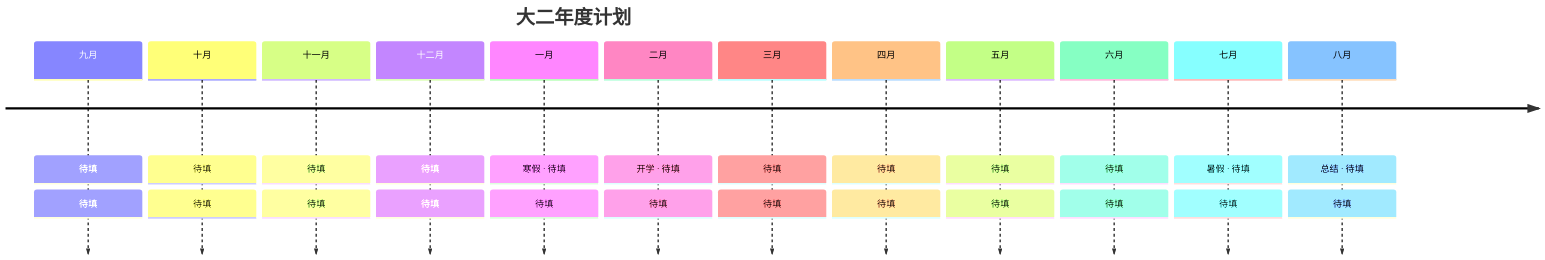
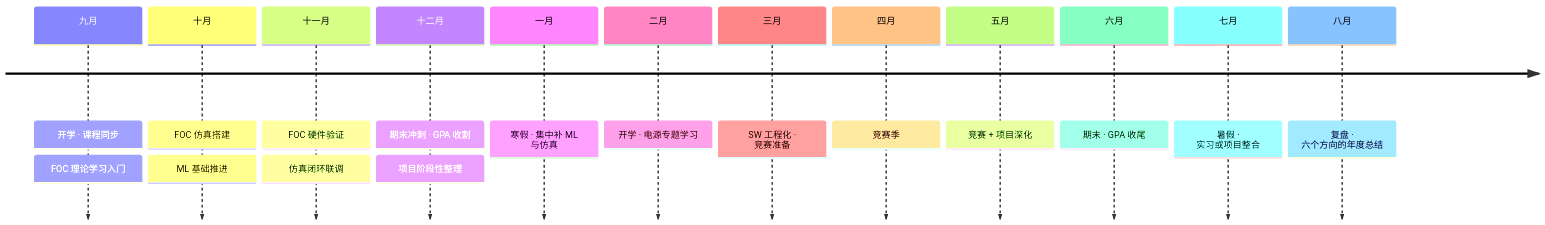
The diagram in README.md (Waitttforme/Waitttforme), drawn with Mermaid before and after one commit. The commit also changed other lines of this file, not shown here.

````diff
--- a/README.md
+++ b/README.md
@@ -67,28 +75,19 @@
 ```mermaid
 timeline
-    title 大二年度计划
-    九月 : 待填
-         : 待填
-    十月 : 待填
-         : 待填
-    十一月 : 待填
-           : 待填
-    十二月 : 待填
-           : 待填
-    一月 : 寒假 · 待填
-        : 待填
-    二月 : 开学 · 待填
-        : 待填
-    三月 : 待填
-        : 待填
-    四月 : 待填
-        : 待填
-    五月 : 待填
-        : 待填
-    六月 : 待填
-        : 待填
-    七月 : 暑假 · 待填
-        : 待填
-    八月 : 总结 · 待填
-        : 待填
+    九月      : 开学 · 课程同步
+              : FOC 理论学习入门
+    十月      : FOC 仿真搭建
+              : ML 基础推进
+    十一月    : FOC 硬件验证
+              : 仿真闭环联调
+    十二月    : 期末冲刺 · GPA 收割
+              : 项目阶段性整理
+    一月      : 寒假 · 集中补 ML 与仿真
+    二月      : 开学 · 电源专题学习
+    三月      : SW 工程化 · 竞赛准备
+    四月      : 竞赛季
+    五月      : 竞赛 + 项目深化
+    六月      : 期末 · GPA 收尾
+    七月      : 暑假 · 实习或项目整合
+    八月      : 复盘 · 六个方向的年度总结
 ```
````
